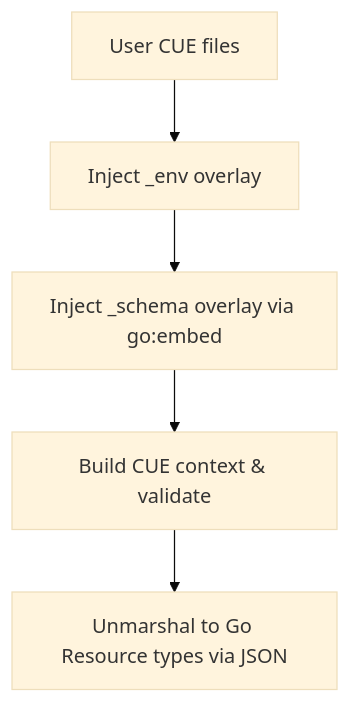
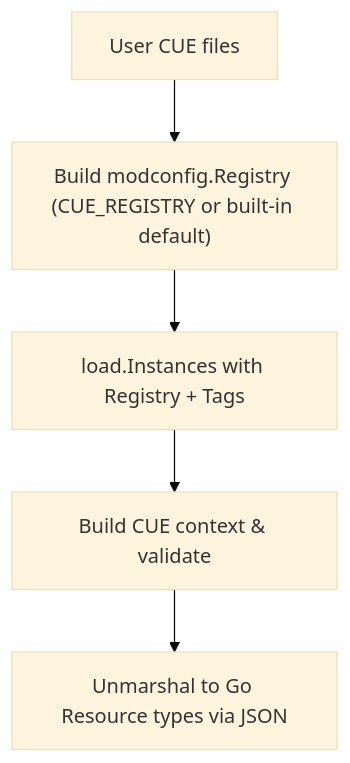
The first of 4 diagrams in docs/architecture.md (terassyi/tomei), drawn with Mermaid (base theme) before and after one commit. The commit also changed other lines of this file and 70 other files, not shown here.

First line of the commit message:
feat/cue schema import (#48)

````diff
--- a/docs/architecture.md
+++ b/docs/architecture.md
@@ -9,7 +9,7 @@
 ```mermaid
 flowchart TD
-    A[User CUE files] --> B[Inject _env overlay]
-    B --> C[Inject _schema overlay via go:embed]
+    A[User CUE files] --> B["Build modconfig.Registry (CUE_REGISTRY or built-in default)"]
+    B --> C["load.Instances with Registry + Tags"]
     C --> D[Build CUE context & validate]
     D --> E[Unmarshal to Go Resource types via JSON]
 ```
````
